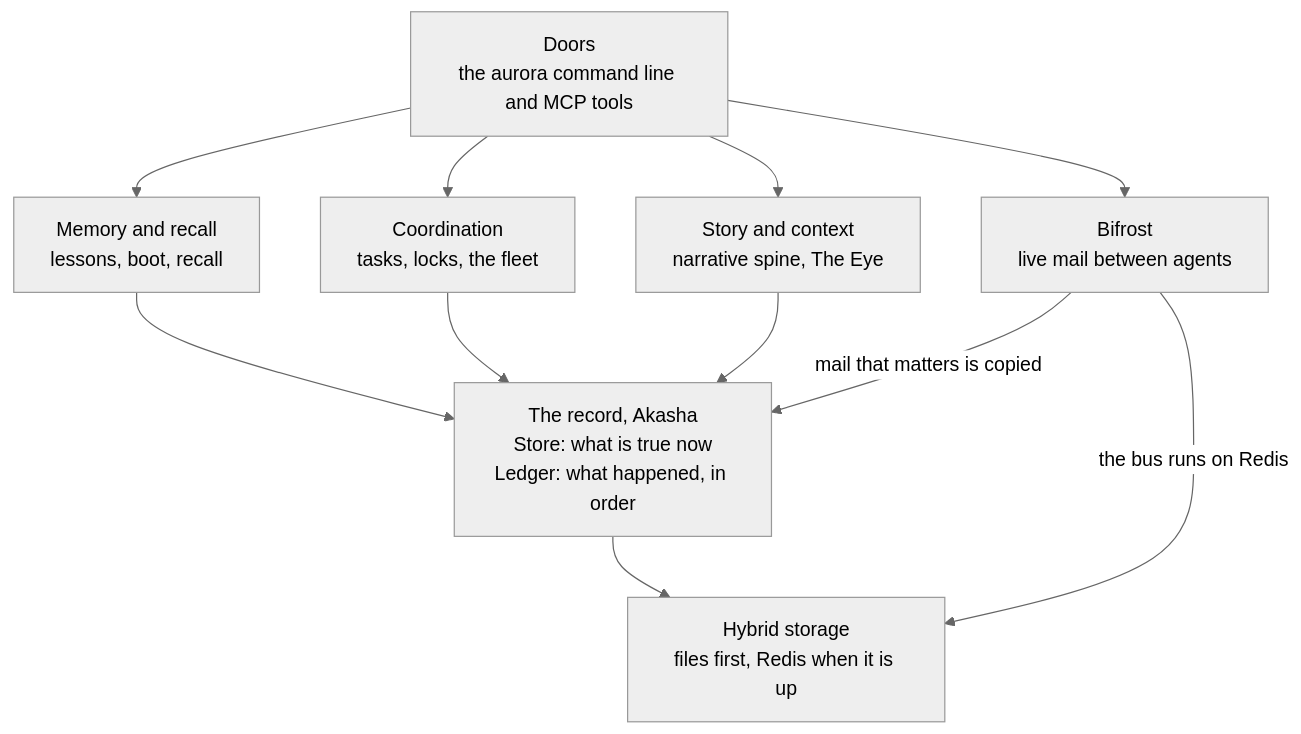
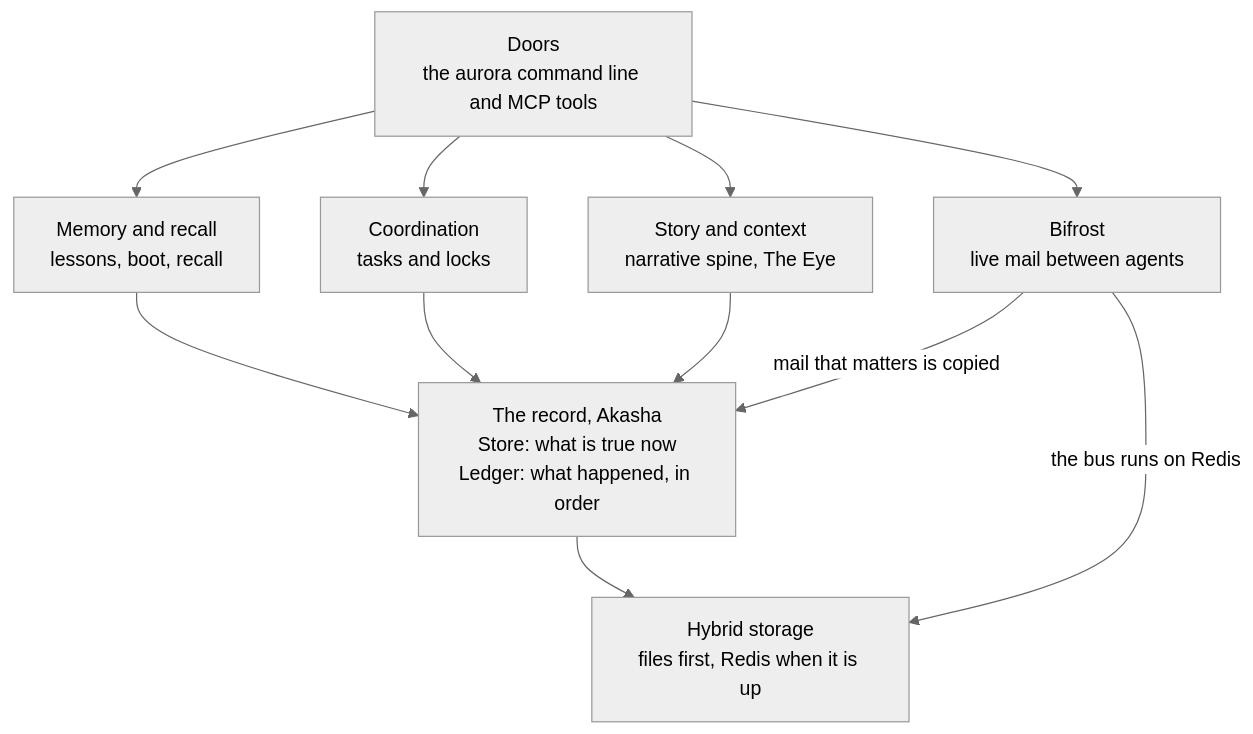
Before and after one commit to balanced7/akashic-aurora: the diagram in apps/docs/content/docs/concepts/index.mdx, drawn with Mermaid (neutral theme). The commit also changed other lines of this file and 13 other files, not shown here.

````diff
--- a/apps/docs/content/docs/concepts/index.mdx
+++ b/apps/docs/content/docs/concepts/index.mdx
@@ -12,15 +14,15 @@
 ```mermaid
 flowchart TB
   doors["Doors<br/>the aurora command line and MCP tools"]
   mem["Memory and recall<br/>lessons, boot, recall"]
-  coord["Coordination<br/>tasks, locks, the fleet"]
+  coord["Coordination<br/>tasks and locks"]
   story["Story and context<br/>narrative spine, The Eye"]
   bif["Bifrost<br/>live mail between agents"]
   record["The record, Akasha<br/>Store: what is true now<br/>Ledger: what happened, in order"]
   storage["Hybrid storage<br/>files first, Redis when it is up"]
   doors --> mem & coord & story & bif
   mem & coord & story --> record
   bif -- "mail that matters is copied" --> record
   bif -- "the bus runs on Redis" --> storage
   record --> storage
 ```
````
